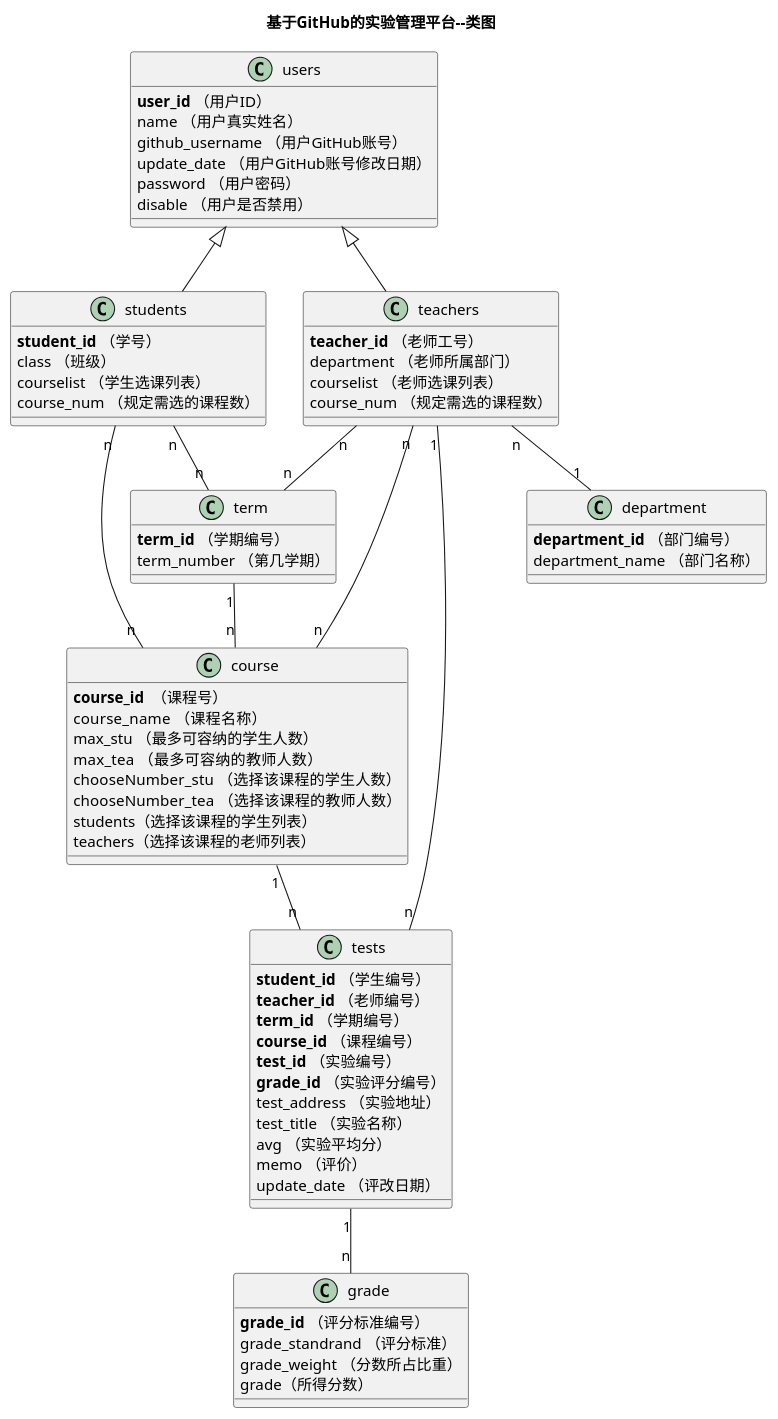
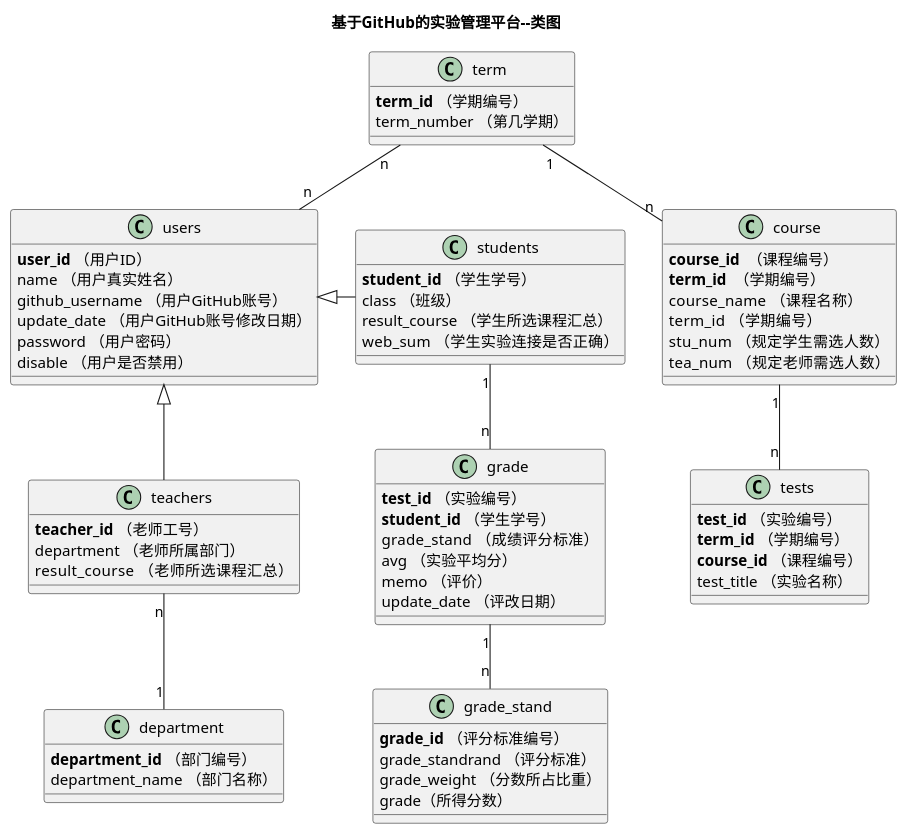
One commit to 201510414128/is_analysis-1 changed the diagram in test6/src/class.puml. Above: the diagram before and after it, drawn with PlantUML.

```diff
--- a/test6/src/class.puml
+++ b/test6/src/class.puml
@@ -1,72 +1,66 @@
 @startuml
 title 基于GitHub的实验管理平台--类图
 class users {
     <b>user_id</b> （用户ID）
     name （用户真实姓名）
     github_username （用户GitHub账号）
     update_date （用户GitHub账号修改日期）
     password （用户密码）
     disable （用户是否禁用）
 }
 class teachers{
     <b>teacher_id</b> （老师工号）
     department （老师所属部门）
-    courselist （老师选课列表）
-    course_num （规定需选的课程数）
+    result_course   （老师所选课程汇总）
 }
 class students{
-    <b>student_id</b> （学号）
+    <b>student_id</b> （学生学号）
     class （班级）
-    courselist （学生选课列表）
-    course_num （规定需选的课程数）
+    result_course （学生所选课程汇总）
+    web_sum  （学生实验连接是否正确）
 }
 users <|- students
 users <|-- teachers
 class course{
-    <b>course_id</b>  （课程号）
+    <b>course_id</b>  （课程编号）
+    <b>term_id</b>  （学期编号）
     course_name  （课程名称）
-    max_stu （最多可容纳的学生人数）
-    max_tea  （最多可容纳的教师人数）
-    chooseNumber_stu  （选择该课程的学生人数）
-    chooseNumber_tea  （选择该课程的教师人数）
-    students（选择该课程的学生列表）
-    teachers（选择该课程的老师列表）
+    term_id  （学期编号）
+    stu_num  （规定学生需选人数）
+    tea_num  （规定老师需选人数）
+}
+class tests {
+    <b>test_id</b> （实验编号）
+    <b>term_id</b> （学期编号）
+    <b>course_id</b> （课程编号）
+    test_title （实验名称）
 }
 class grade {
+    <b>test_id</b> （实验编号）
+    <b>student_id</b> （学生学号）
+    grade_stand  （成绩评分标准）
+    avg （实验平均分）
+    memo （评价）
+    update_date （评改日期）
+}
+class grade_stand{
     <b>grade_id</b> （评分标准编号）
     grade_standrand （评分标准）
     grade_weight （分数所占比重）
     grade（所得分数）
-}
-class tests {
-    <b>student_id</b> （学生编号）
-    <b>teacher_id</b> （老师编号）
-    <b>term_id</b> （学期编号）
-    <b>course_id</b> （课程编号）
-    <b>test_id</b> （实验编号）
-    <b>grade_id</b> （实验评分编号）
-    test_address （实验地址）
-    test_title （实验名称）
-    avg （实验平均分）
-    memo （评价）
-    update_date （评改日期）
 }
 class term{
     <b>term_id</b> （学期编号）
     term_number （第几学期）
 }
 class department{
     <b>department_id</b> （部门编号）
     department_name （部门名称）
 }
-students "n" -- "n"  course
-tests "1" -- "n"  grade
+teachers "n" -- "1"  department
+students "1" -- "n"  grade
+grade "1" -- "n"  grade_stand
+term "1" -- "n"  course
+term "n" -- "n"  users
 course "1" -- "n"  tests
-teachers "n" -- "n"  course
-term "1" -- "n"  course
-students "n" -- "n"  term
-teachers "n" -- "n"  term
-teachers "n" -- "1"  department
-teachers "1" -- "n"  tests
-
 @enduml
```
